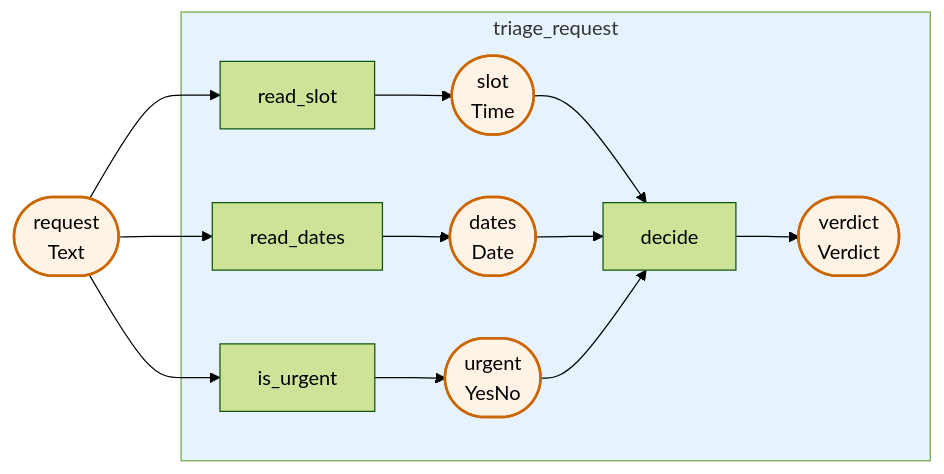
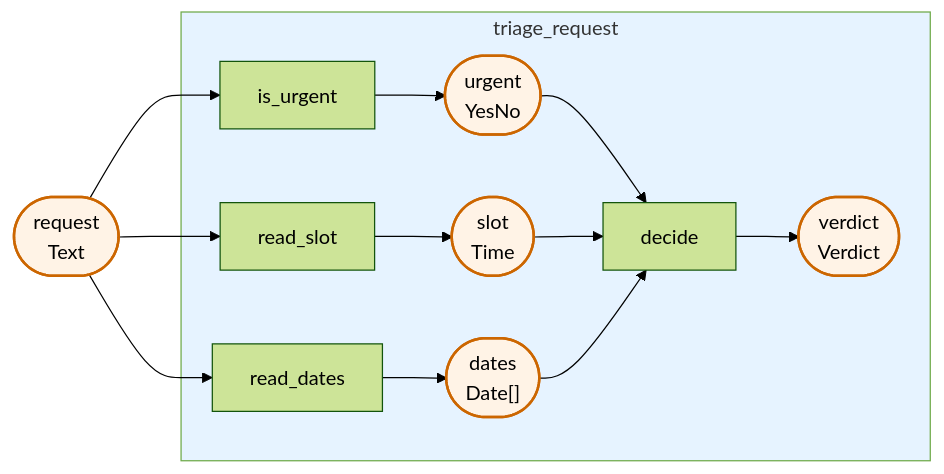
One commit to Pipelex/mthds-ui changed the diagram in data/pipelines/pipeline_32/dry_run_mermaidflow.mmd. Above: the diagram before and after it, drawn with Mermaid (forest theme). The commit also changed 189 other files, not shown here.

```diff
--- a/data/pipelines/pipeline_32/dry_run_mermaidflow.mmd
+++ b/data/pipelines/pipeline_32/dry_run_mermaidflow.mmd
@@ -1,36 +1,36 @@
 flowchart LR
 
     %% Pipe and stuff nodes within controller subgraphs
-    subgraph sg_n_eff0aa18d8["triage_request"]
-        n_f6d19b2960["decide"]
-        s_de3174429b(["verdict<br/>Verdict"]):::stuff
-        n_28af9f17c1["is_urgent"]
-        s_15ddd489b5(["urgent<br/>YesNo"]):::stuff
-        n_709ad2f7d3["read_dates"]
-        s_a2a1f1172b(["dates<br/>Date"]):::stuff
-        n_782fa0e266["read_slot"]
-        s_1efc606188(["slot<br/>Time"]):::stuff
+    subgraph sg_n_9724357103["triage_request"]
+        n_065518d347["decide"]
+        s_22d421de67(["verdict<br/>Verdict"]):::stuff
+        n_f1f23b0287["is_urgent"]
+        s_2e99c54aac(["urgent<br/>YesNo"]):::stuff
+        n_26f5e2e6f8["read_dates"]
+        s_4996781779(["dates<br/>Date#91;#93;"]):::stuff
+        n_4ad31e397f["read_slot"]
+        s_682bfab42b(["slot<br/>Time"]):::stuff
     end
 
     %% Pipeline input stuff nodes (no producer)
-    s_e8944c69d7(["request<br/>Text"]):::stuff
+    s_51f124c4d5(["request<br/>Text"]):::stuff
 
     %% Data flow edges: producer -> stuff -> consumer
-    n_f6d19b2960 --> s_de3174429b
-    n_782fa0e266 --> s_1efc606188
-    n_709ad2f7d3 --> s_a2a1f1172b
-    n_28af9f17c1 --> s_15ddd489b5
-    s_1efc606188 --> n_f6d19b2960
-    s_a2a1f1172b --> n_f6d19b2960
-    s_15ddd489b5 --> n_f6d19b2960
-    s_e8944c69d7 --> n_709ad2f7d3
-    s_e8944c69d7 --> n_782fa0e266
-    s_e8944c69d7 --> n_28af9f17c1
+    n_f1f23b0287 --> s_2e99c54aac
+    n_4ad31e397f --> s_682bfab42b
+    n_065518d347 --> s_22d421de67
+    n_26f5e2e6f8 --> s_4996781779
+    s_2e99c54aac --> n_065518d347
+    s_682bfab42b --> n_065518d347
+    s_4996781779 --> n_065518d347
+    s_51f124c4d5 --> n_26f5e2e6f8
+    s_51f124c4d5 --> n_4ad31e397f
+    s_51f124c4d5 --> n_f1f23b0287
 
     %% Style definitions
     classDef failed fill:#ffcccc,stroke:#cc0000
     classDef stuff fill:#fff3e6,stroke:#cc6600,stroke-width:2px
     classDef controller fill:#e6f3ff,stroke:#0066cc
 
     %% Subgraph depth-based coloring
-    style sg_n_eff0aa18d8 fill:#e6f3ff
+    style sg_n_9724357103 fill:#e6f3ff
```
